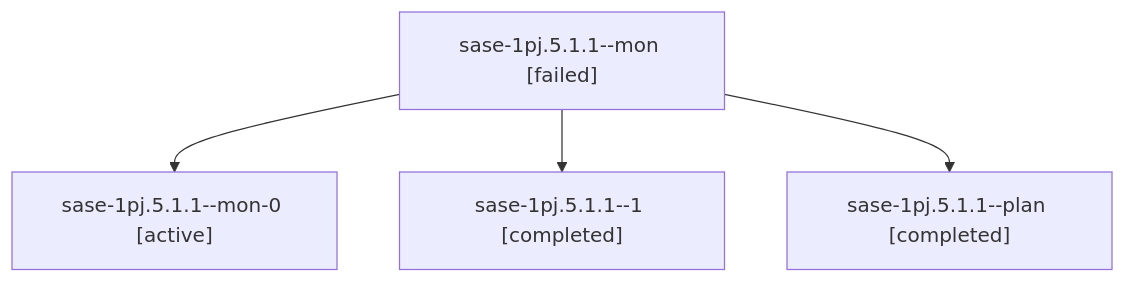
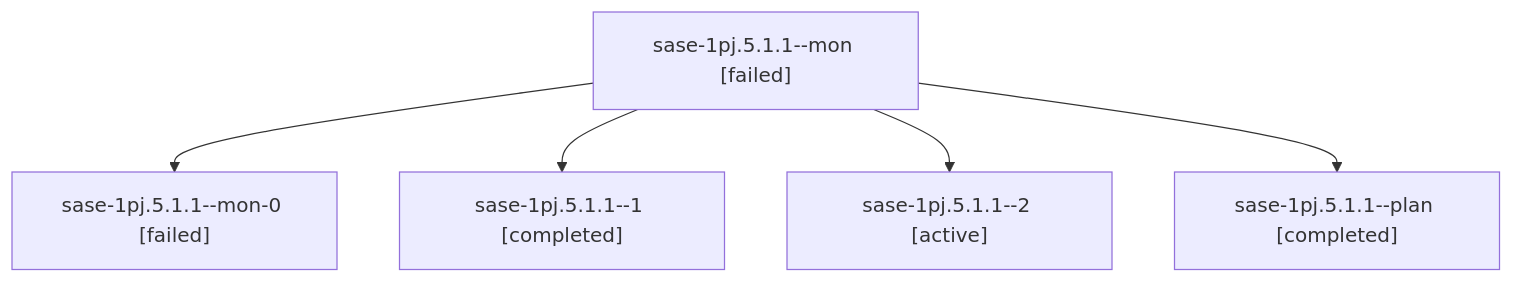
The diagram in sessions/bbugyi200.athena.sase-1pj.5.1.1.md (sase-org/sase--agents), drawn with Mermaid before and after one commit. The commit also changed other lines of this file and 80 other files, not shown here.

````diff
--- a/sessions/bbugyi200.athena.sase-1pj.5.1.1.md
+++ b/sessions/bbugyi200.athena.sase-1pj.5.1.1.md
@@ -9,10 +9,12 @@
 ```mermaid
 flowchart TD
   n0["sase-1pj.5.1.1--mon [failed]"]
-  n1["sase-1pj.5.1.1--mon-0 [active]"]
+  n1["sase-1pj.5.1.1--mon-0 [failed]"]
   n0 --> n1
   n2["sase-1pj.5.1.1--1 [completed]"]
   n0 --> n2
-  n3["sase-1pj.5.1.1--plan [completed]"]
+  n3["sase-1pj.5.1.1--2 [active]"]
   n0 --> n3
+  n4["sase-1pj.5.1.1--plan [completed]"]
+  n0 --> n4
 ```
````
